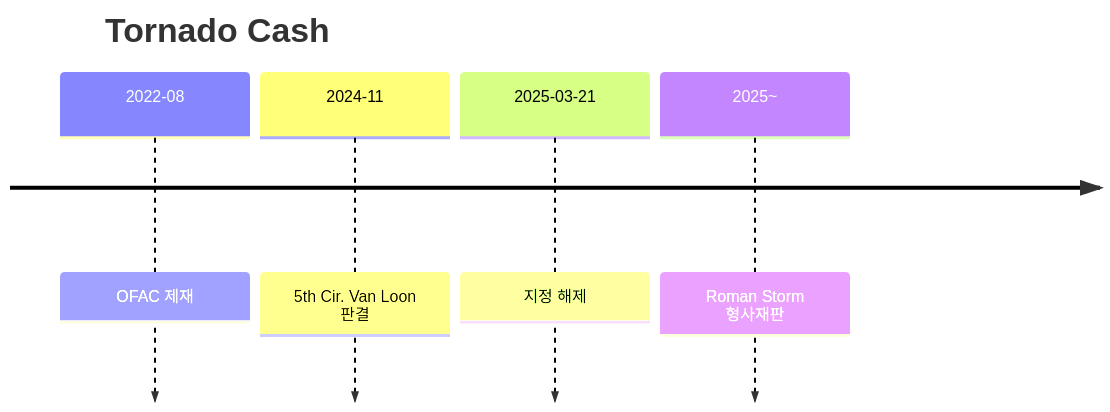
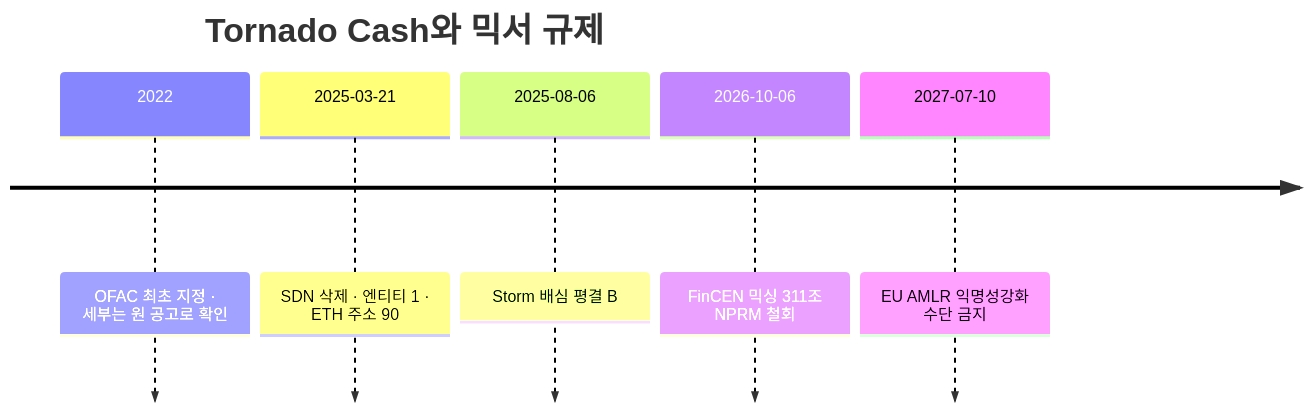
Before and after one commit to lala-david/aml-notes: the first of 3 diagrams in curriculum/day_51.md, drawn with Mermaid. The commit also changed other lines of this file and 233 other files, not shown here.

````diff
--- a/curriculum/day_51.md
+++ b/curriculum/day_51.md
@@ -13,8 +12,9 @@
 ```mermaid
 timeline
-    title Tornado Cash
-    2022-08 : OFAC 제재
-    2024-11 : 5th Cir. Van Loon 판결
-    2025-03-21 : 지정 해제
-    2025~ : Roman Storm 형사재판
+    title Tornado Cash와 믹서 규제
+    2022 : OFAC 최초 지정 · 세부는 원 공고로 확인
+    2025-03-21 : SDN 삭제 · 엔티티 1 · ETH 주소 90
+    2025-08-06 : Storm 배심 평결 B
+    2026-10-06 : FinCEN 믹싱 311조 NPRM 철회
+    2027-07-10 : EU AMLR 익명성강화 수단 금지
 ```
````
